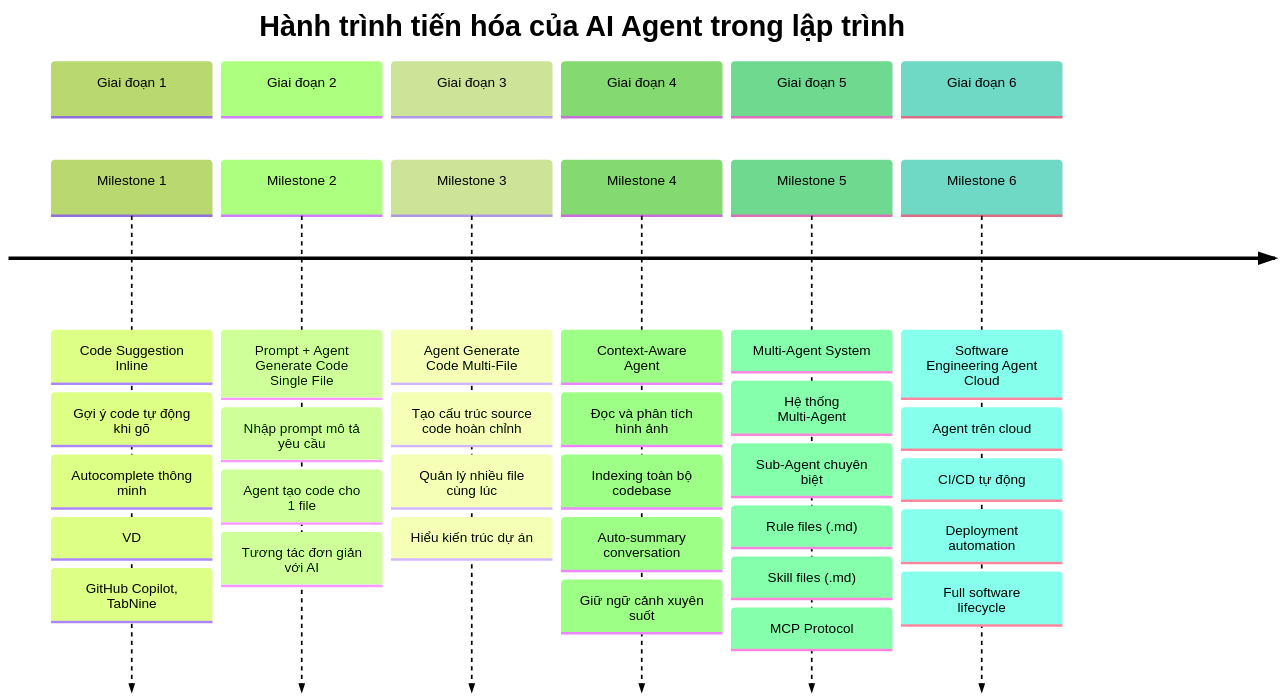
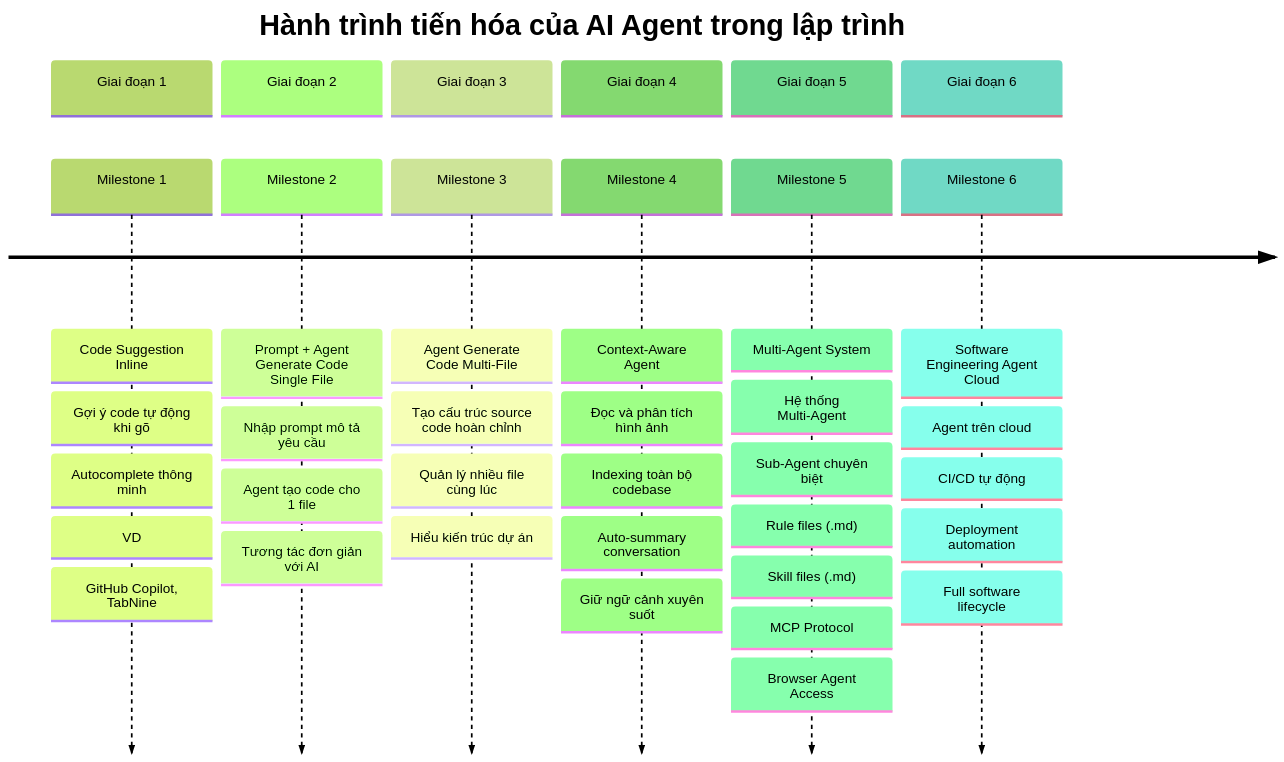
Before and after one commit to wano-source/nextjs-skill-agent: the first of 2 diagrams in README.md, drawn with Mermaid (forest theme). The commit also changed other lines of this file, not shown here.

````diff
--- a/README.md
+++ b/README.md
@@ -14,44 +14,45 @@
 ```mermaid
 timeline
     title Hành trình tiến hóa của AI Agent trong lập trình
     
     section Giai đoạn 1
         Milestone 1 : Code Suggestion Inline
                     : Gợi ý code tự động khi gõ
                     : Autocomplete thông minh
                     : VD: GitHub Copilot, TabNine
     
     section Giai đoạn 2
         Milestone 2 : Prompt + Agent Generate Code Single File
                     : Nhập prompt mô tả yêu cầu
                     : Agent tạo code cho 1 file
                     : Tương tác đơn giản với AI
     
     section Giai đoạn 3
         Milestone 3 : Agent Generate Code Multi-File
                     : Tạo cấu trúc source code hoàn chỉnh
                     : Quản lý nhiều file cùng lúc
                     : Hiểu kiến trúc dự án
     
     section Giai đoạn 4
         Milestone 4 : Context-Aware Agent
                     : Đọc và phân tích hình ảnh
                     : Indexing toàn bộ codebase
                     : Auto-summary conversation
                     : Giữ ngữ cảnh xuyên suốt
     
     section Giai đoạn 5
         Milestone 5 : Multi-Agent System
                     : Hệ thống Multi-Agent
                     : Sub-Agent chuyên biệt
                     : Rule files (.md)
                     : Skill files (.md)
                     : MCP Protocol
+                    : Browser Agent Access
     
     section Giai đoạn 6
         Milestone 6 : Software Engineering Agent Cloud
                     : Agent trên cloud
                     : CI/CD tự động
                     : Deployment automation
                     : Full software lifecycle
 ```
````
